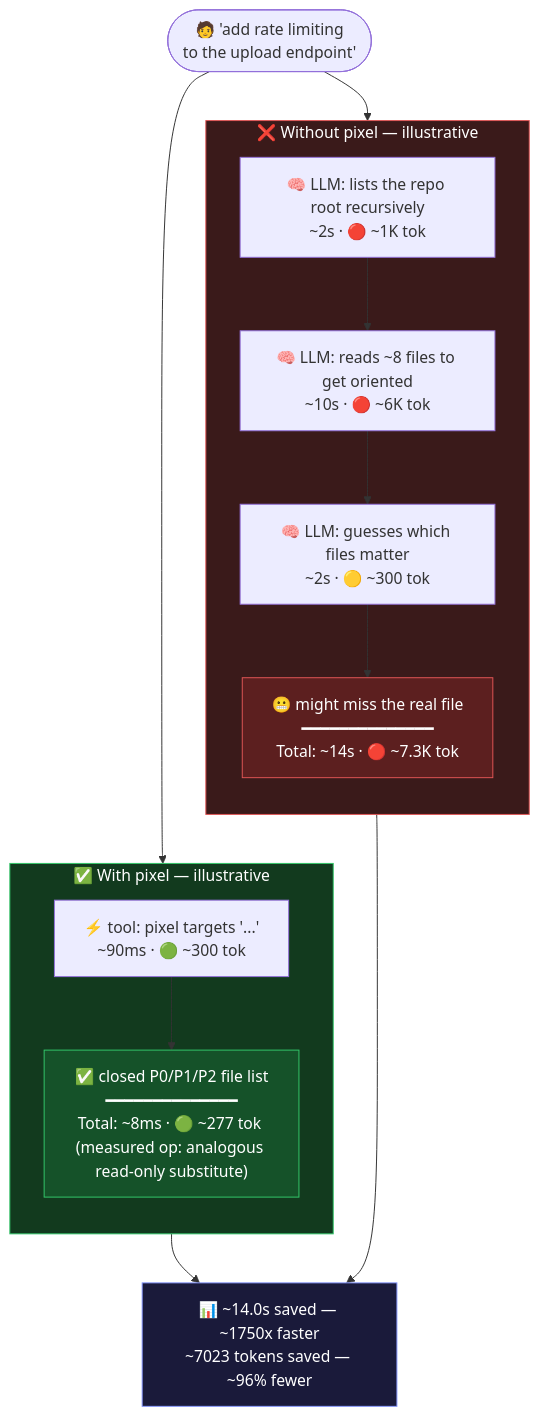
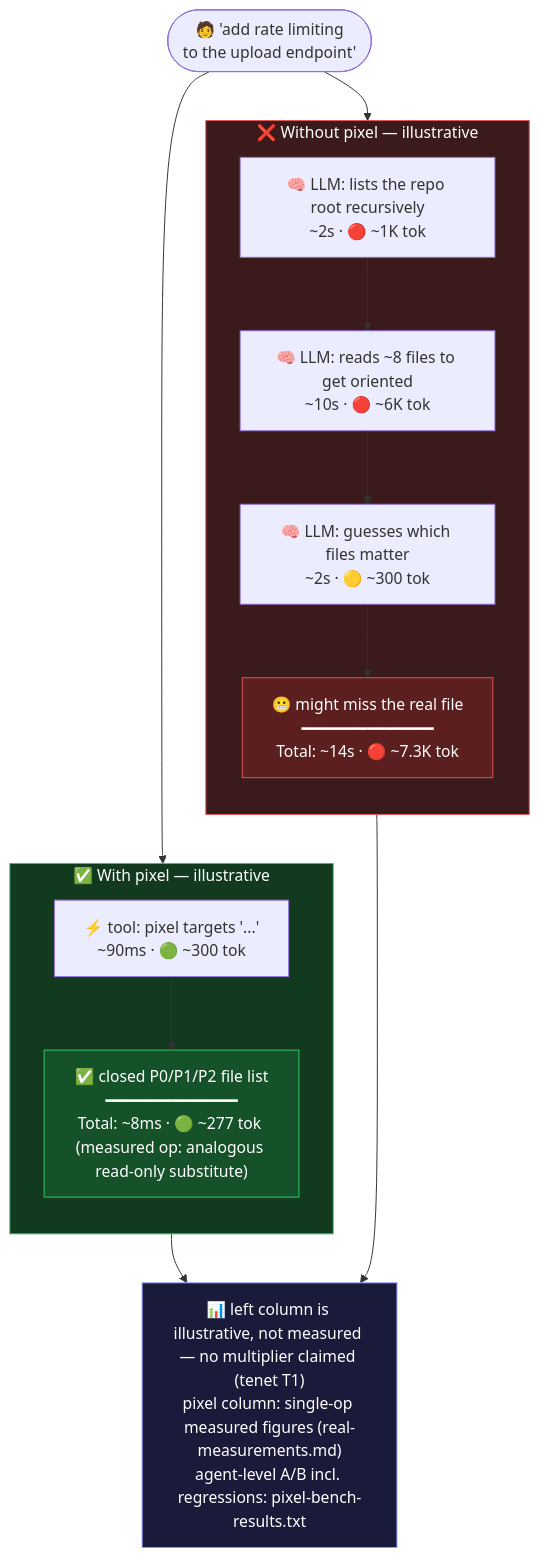
One commit to Pixel-CLI/pixel changed the diagram in docs/examples/04-targets-task.mmd. Above: the diagram before and after it, drawn with Mermaid. The commit also changed 57 other files, not shown here.

```diff
--- a/docs/examples/04-targets-task.mmd
+++ b/docs/examples/04-targets-task.mmd
@@ -1,30 +1,30 @@
 flowchart TD
     Ask(["🧑 'add rate limiting<br/>to the upload endpoint'"])
     Ask --> w1
     Ask --> p1
     w1 ~~~ p1
 
     subgraph W ["❌ Without pixel — illustrative"]
         direction TB
         w1["🧠 LLM: lists the repo root recursively<br/>~2s · 🔴 ~1K tok"] --> w2
         w2["🧠 LLM: reads ~8 files to get oriented<br/>~10s · 🔴 ~6K tok"] --> w3
         w3["🧠 LLM: guesses which files matter<br/>~2s · 🟡 ~300 tok"]
         w3 --> w5["😬 might miss the real file<br/>━━━━━━━━━━━━━━<br/>Total: ~14s · 🔴 ~7.3K tok"]
     end
 
     subgraph P ["✅ With pixel — illustrative"]
         direction TB
         p1["⚡ tool: pixel targets '...'<br/>~90ms · 🟢 ~300 tok"]
         p1 --> p3["✅ closed P0/P1/P2 file list<br/>━━━━━━━━━━━━━━<br/>Total: ~8ms · 🟢 ~277 tok (measured op: analogous read-only substitute)"]
     end
 
     w5 --> Recap
     p3 --> Recap
-    Recap["📊 ~14.0s saved — ~1750x faster<br/>~7023 tokens saved — ~96% fewer"]
+    Recap["📊 left column is illustrative, not measured — no multiplier claimed (tenet T1)<br/>pixel column: single-op measured figures (real-measurements.md)<br/>agent-level A/B incl. regressions: pixel-bench-results.txt"]
 
     style W fill:#3a1a1a,stroke:#e05555,color:#fff
     style P fill:#123a1e,stroke:#33c76a,color:#fff
     style w5 fill:#5c1f1f,stroke:#e05555,color:#fff
     style p3 fill:#155229,stroke:#33c76a,color:#fff
     style Recap fill:#1a1a3a,stroke:#8899ff,color:#fff
     linkStyle 2 stroke-width:0px
```
